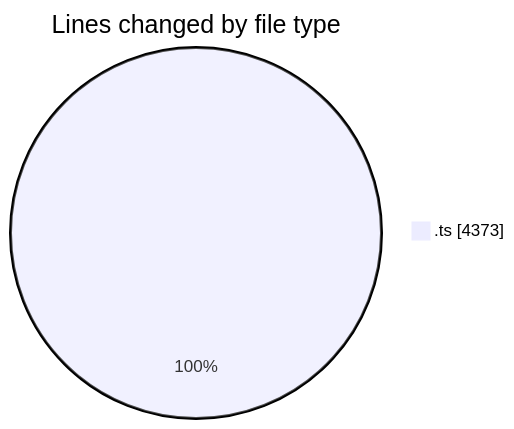
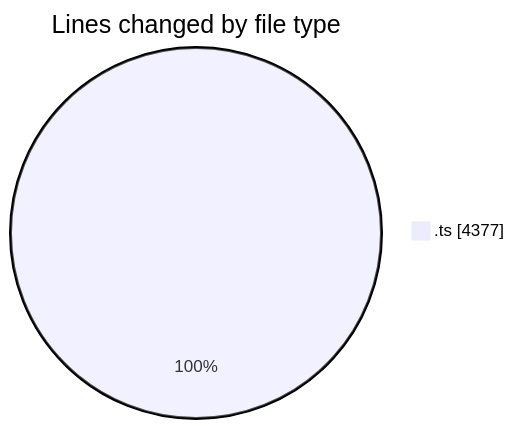
One commit to momahboobian/code-tracking changed the first of 2 diagrams in 2026-10-28/cda/README.md. Above: the diagram before and after it, drawn with Mermaid. The commit also changed other lines of this file and 1 other file, not shown here.

````diff
--- a/2026-10-28/cda/README.md
+++ b/2026-10-28/cda/README.md
@@ -24,5 +24,5 @@
 ```mermaid
 pie showData
 title Lines changed by file type
-".ts" : 4373
+".ts" : 4377
 ```
````
